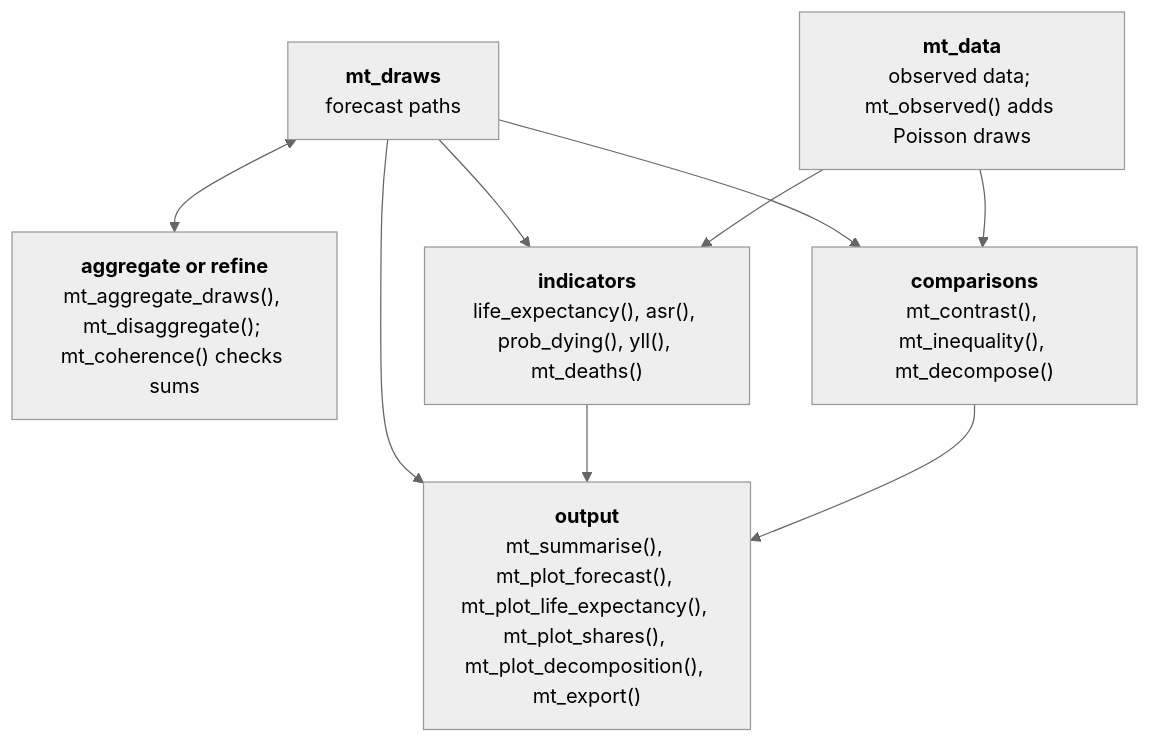
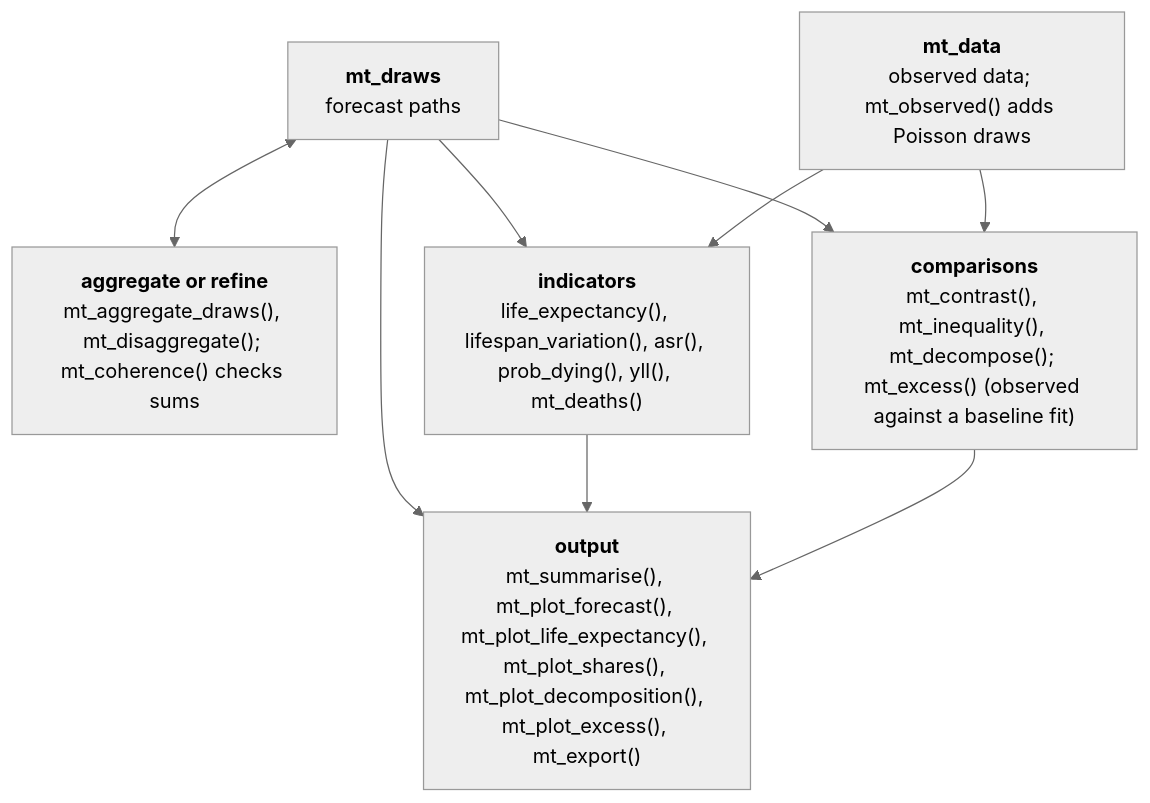
Before and after one commit to kalleEF/mortensor: the diagram in dev/diagrams/function-map-results.mmd, drawn with Mermaid (neutral theme). The commit also changed 41 other files, not shown here.

```diff
--- a/dev/diagrams/function-map-results.mmd
+++ b/dev/diagrams/function-map-results.mmd
@@ -1,21 +1,21 @@
 flowchart TD
   P["`**mt_draws**
   forecast paths`"]
   O["`**mt_data**
   observed data; mt_observed() adds Poisson draws`"]
   AGG["`**aggregate or refine**
   mt_aggregate_draws(), mt_disaggregate(); mt_coherence() checks sums`"]
   IND["`**indicators**
-  life_expectancy(), asr(), prob_dying(), yll(), mt_deaths()`"]
+  life_expectancy(), lifespan_variation(), asr(), prob_dying(), yll(), mt_deaths()`"]
   COMP["`**comparisons**
-  mt_contrast(), mt_inequality(), mt_decompose()`"]
+  mt_contrast(), mt_inequality(), mt_decompose(); mt_excess() (observed against a baseline fit)`"]
   OUT["`**output**
-  mt_summarise(), mt_plot_forecast(), mt_plot_life_expectancy(), mt_plot_shares(), mt_plot_decomposition(), mt_export()`"]
+  mt_summarise(), mt_plot_forecast(), mt_plot_life_expectancy(), mt_plot_shares(), mt_plot_decomposition(), mt_plot_excess(), mt_export()`"]
   P <--> AGG
   P --> IND
   O --> IND
   P --> COMP
   O --> COMP
   P --> OUT
   IND --> OUT
   COMP --> OUT
```
